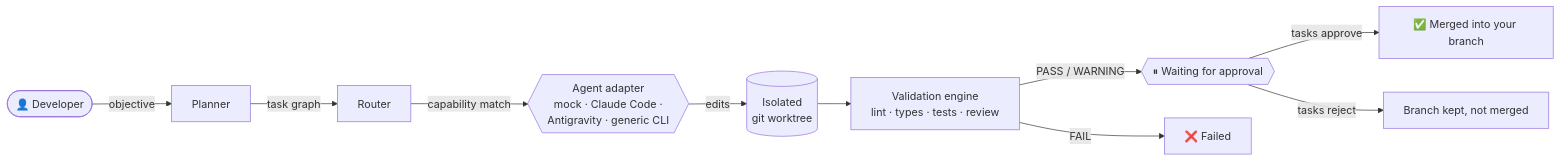
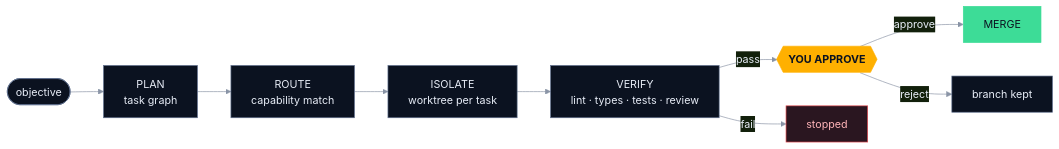
Before and after one commit to yoonjae26/AgentBridge: the first of 2 diagrams in README.md, drawn with Mermaid. The commit also changed other lines of this file and 3 other files, not shown here.

````diff
--- a/README.md
+++ b/README.md
@@ -153,12 +147,18 @@
 ```mermaid
+%%{init: {'theme':'base','themeVariables':{'primaryColor':'#0B1220','primaryTextColor':'#E8EDF7','primaryBorderColor':'#5E6E8C','lineColor':'#8A94A6','fontFamily':'ui-monospace, Menlo, Consolas, monospace'}}}%%
 flowchart LR
-    U([👤 Developer]) -->|objective| P[Planner]
-    P -->|task graph| R[Router]
-    R -->|capability match| A{{Agent adapter<br/>mock · Claude Code ·<br/>Antigravity · generic CLI}}
-    A -->|edits| W[(Isolated<br/>git worktree)]
-    W --> V[Validation engine<br/>lint · types · tests · review]
-    V -->|PASS / WARNING| H{{⏸ Waiting for approval}}
-    V -->|FAIL| F[❌ Failed]
-    H -->|tasks approve| M[✅ Merged into your branch]
-    H -->|tasks reject| C[Branch kept, not merged]
+    O([objective]) --> P[PLAN<br/>task graph]
+    P --> R[ROUTE<br/>capability match]
+    R --> I[ISOLATE<br/>worktree per task]
+    I --> V[VERIFY<br/>lint · types · tests · review]
+    V -->|pass| A{{YOU APPROVE}}
+    V -->|fail| F[stopped]
+    A -->|approve| M[MERGE]
+    A -->|reject| K[branch kept]
+    classDef signal fill:#FFB000,stroke:#FFB000,color:#0B1220,font-weight:bold
+    classDef go fill:#3DDC97,stroke:#3DDC97,color:#0B1220
+    classDef stop fill:#2A1620,stroke:#E5484D,color:#FFB4B8
+    class A signal
+    class M go
+    class F stop
 ```
````
